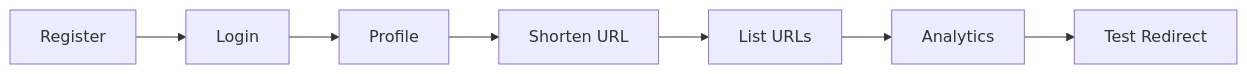
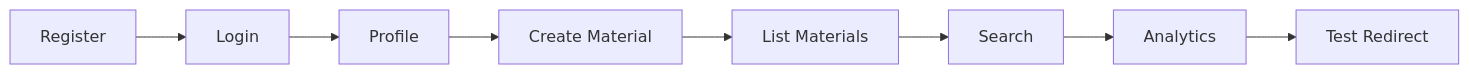
One commit to shweta2804-hub/URL-Shortner changed the diagram in TESTING.md. Above: the diagram before and after it, drawn with Mermaid. The commit also changed other lines of this file and 33 other files, not shown here.

````diff
--- a/TESTING.md
+++ b/TESTING.md
@@ -381,9 +438,10 @@
 ```mermaid
 graph LR
     A[Register] --> B[Login]
     B --> C[Profile]
-    C --> D[Shorten URL]
-    D --> E[List URLs]
-    E --> F[Analytics]
-    F --> G[Test Redirect]
+    C --> D[Create Material]
+    D --> E[List Materials]
+    E --> F[Search]
+    F --> G[Analytics]
+    G --> H[Test Redirect]
 ```
````
